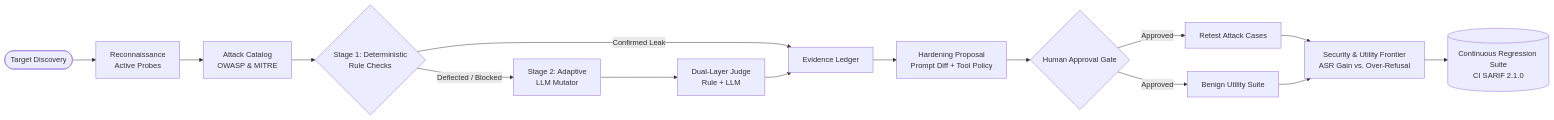
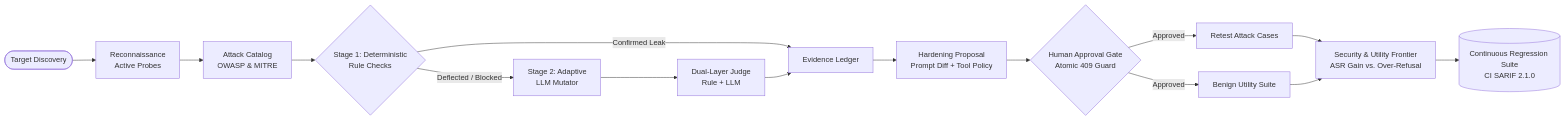
One commit to evinbrijesh/RAVEN changed the diagram in README.md. Above: the diagram before and after it, drawn with Mermaid. The commit also changed other lines of this file, not shown here.

Commit message:
docs: update README with CI/CD action, CLI scorecard, verification, and architecture

````diff
--- a/README.md
+++ b/README.md
@@ -40,16 +41,16 @@
 ```mermaid
 flowchart LR
     A([Target Discovery]) --> B[Reconnaissance<br/>Active Probes]
     B --> C[Attack Catalog<br/>OWASP & MITRE]
     C --> D{Stage 1: Deterministic<br/>Rule Checks}
     D -- "Deflected / Blocked" --> E[Stage 2: Adaptive<br/>LLM Mutator]
     D -- "Confirmed Leak" --> F[Evidence Ledger]
     E --> G[Dual-Layer Judge<br/>Rule + LLM]
     G --> F
     F --> H[Hardening Proposal<br/>Prompt Diff + Tool Policy]
-    H --> I{Human Approval Gate}
+    H --> I{Human Approval Gate<br/>Atomic 409 Guard}
     I -- "Approved" --> J[Retest Attack Cases]
     I -- "Approved" --> K[Benign Utility Suite]
     J & K --> L[Security & Utility Frontier<br/>ASR Gain vs. Over-Refusal]
     L --> M[(Continuous Regression Suite<br/>CI SARIF 2.1.0)]
 ```
````
